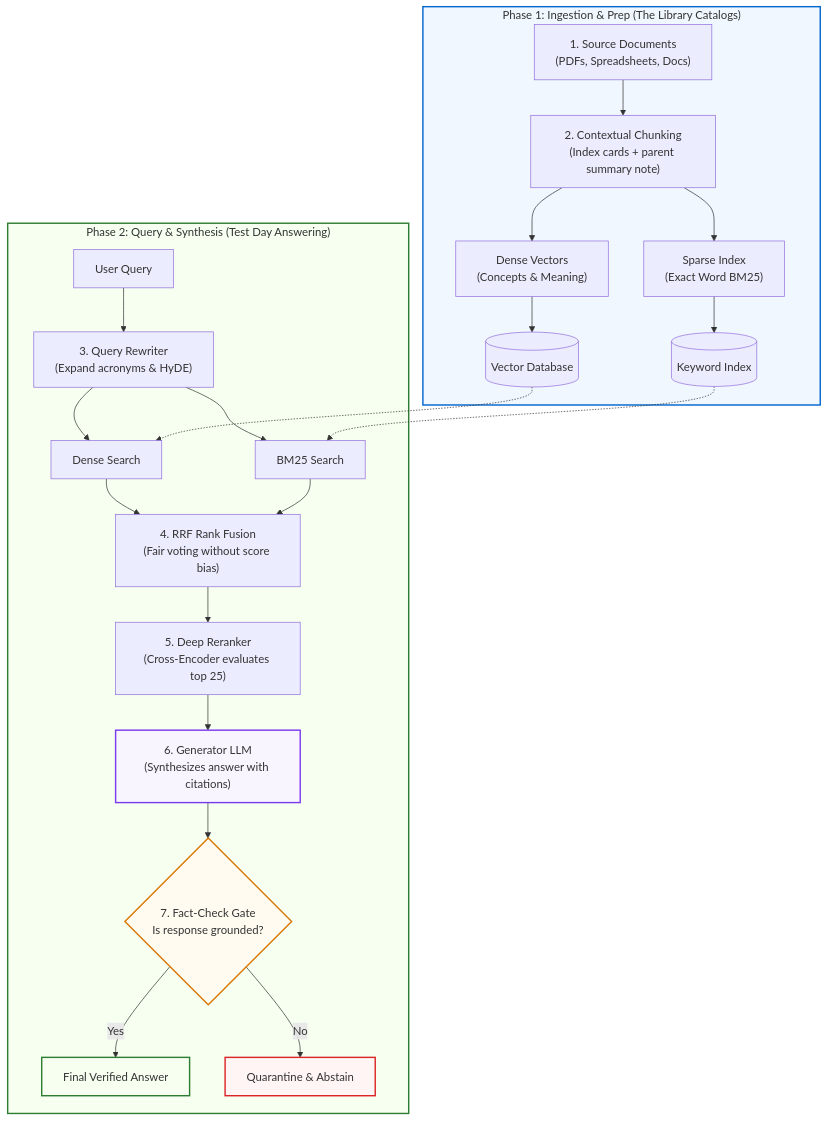
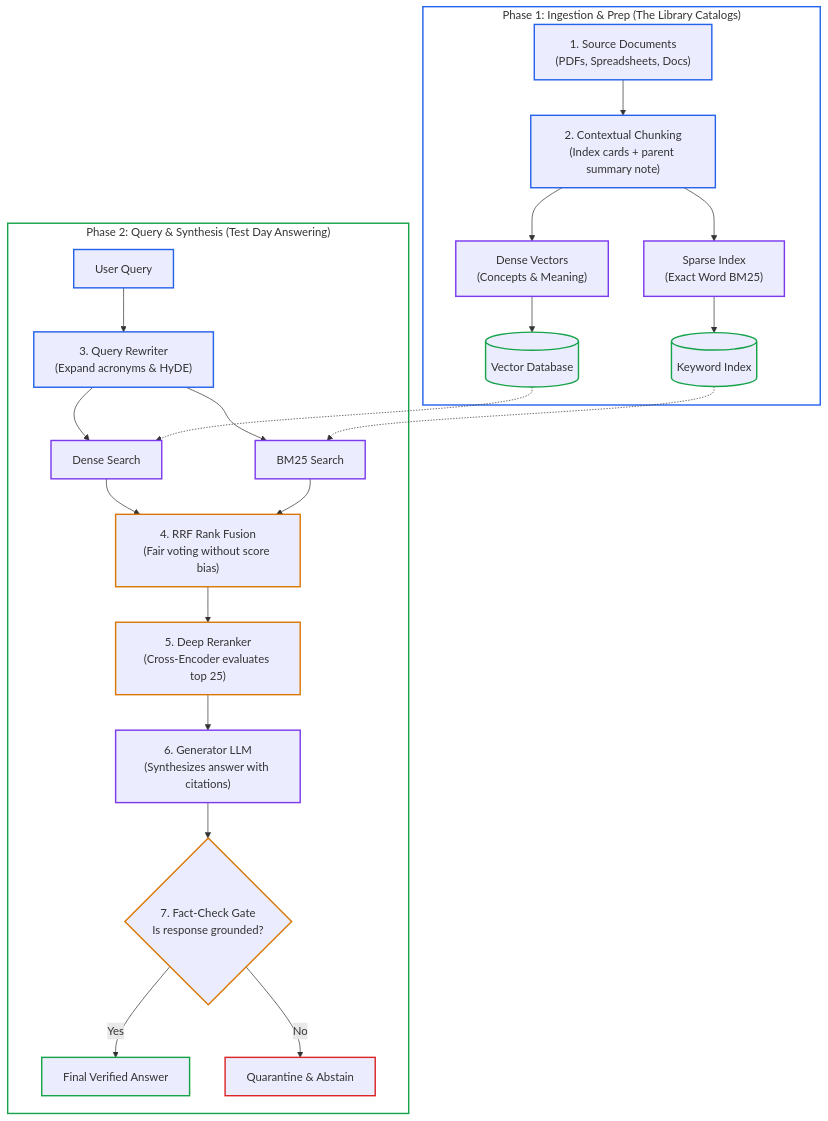
Before and after one commit to dip4k/senior-engineer-to-ai-engineer-roadmap: the third of 7 diagrams in .agents/skills/ai-curriculum-refactoring/references/diagram-guidelines.md, drawn with Mermaid. The commit also changed other lines of this file and 15 other files, not shown here.

First line of the commit message:
feat(curriculum): theme-adaptive diagrams, low-node modular flows, and Phase 00 beginner-style refactor

````diff
--- a/.agents/skills/ai-curriculum-refactoring/references/diagram-guidelines.md
+++ b/.agents/skills/ai-curriculum-refactoring/references/diagram-guidelines.md
@@ -49,32 +78,46 @@
 ```mermaid
 flowchart TD
     subgraph PHASE1["Phase 1: Ingestion & Prep (The Library Catalogs)"]
         D["1. Source Documents<br>(PDFs, Spreadsheets, Docs)"] --> CC["2. Contextual Chunking<br>(Index cards + parent summary note)"]
         CC --> E1["Dense Vectors<br>(Concepts & Meaning)"]
         CC --> E2["Sparse Index<br>(Exact Word BM25)"]
         E1 --> VDB[("Vector Database")]
         E2 --> KDB[("Keyword Index")]
     end
 
     subgraph PHASE2["Phase 2: Query & Synthesis (Test Day Answering)"]
         UQ["User Query"] --> QR["3. Query Rewriter<br>(Expand acronyms & HyDE)"]
         QR --> H1["Dense Search"]
         QR --> H2["BM25 Search"]
         VDB -.-> H1
         KDB -.-> H2
         H1 --> RRF["4. RRF Rank Fusion<br>(Fair voting without score bias)"]
         H2 --> RRF
         RRF --> RR["5. Deep Reranker<br>(Cross-Encoder evaluates top 25)"]
         RR --> LLM["6. Generator LLM<br>(Synthesizes answer with citations)"]
         LLM --> GD{"7. Fact-Check Gate<br>Is response grounded?"}
         GD -- "Yes" --> ANS["Final Verified Answer"]
         GD -- "No" --> ABSTAIN["Quarantine & Abstain"]
     end
 
-    style PHASE1 fill:#f0f7ff,stroke:#0066cc,stroke-width:2px
-    style PHASE2 fill:#f6fff0,stroke:#2e7d32,stroke-width:2px
-    style GD fill:#fffbf0,stroke:#d97706,stroke-width:2px
-    style ANS fill:#f6fff0,stroke:#2e7d32,stroke-width:2px
-    style ABSTAIN fill:#fff5f5,stroke:#dc2626,stroke-width:2px
-    style LLM fill:#f8f5ff,stroke:#7c3aed,stroke-width:2px
+    style PHASE1 fill:none,stroke:#2563eb,stroke-width:2px
+    style PHASE2 fill:none,stroke:#16a34a,stroke-width:2px
+
+    style D stroke:#2563eb,stroke-width:2px
+    style CC stroke:#2563eb,stroke-width:2px
+    style E1 stroke:#7c3aed,stroke-width:2px
+    style E2 stroke:#7c3aed,stroke-width:2px
+    style VDB stroke:#16a34a,stroke-width:2px
+    style KDB stroke:#16a34a,stroke-width:2px
+
+    style UQ stroke:#2563eb,stroke-width:2px
+    style QR stroke:#2563eb,stroke-width:2px
+    style H1 stroke:#7c3aed,stroke-width:2px
+    style H2 stroke:#7c3aed,stroke-width:2px
+    style RRF stroke:#d97706,stroke-width:2px
+    style RR stroke:#d97706,stroke-width:2px
+    style LLM stroke:#7c3aed,stroke-width:2px
+    style GD stroke:#d97706,stroke-width:2px
+    style ANS stroke:#16a34a,stroke-width:2px
+    style ABSTAIN stroke:#dc2626,stroke-width:2px
 ```
````
